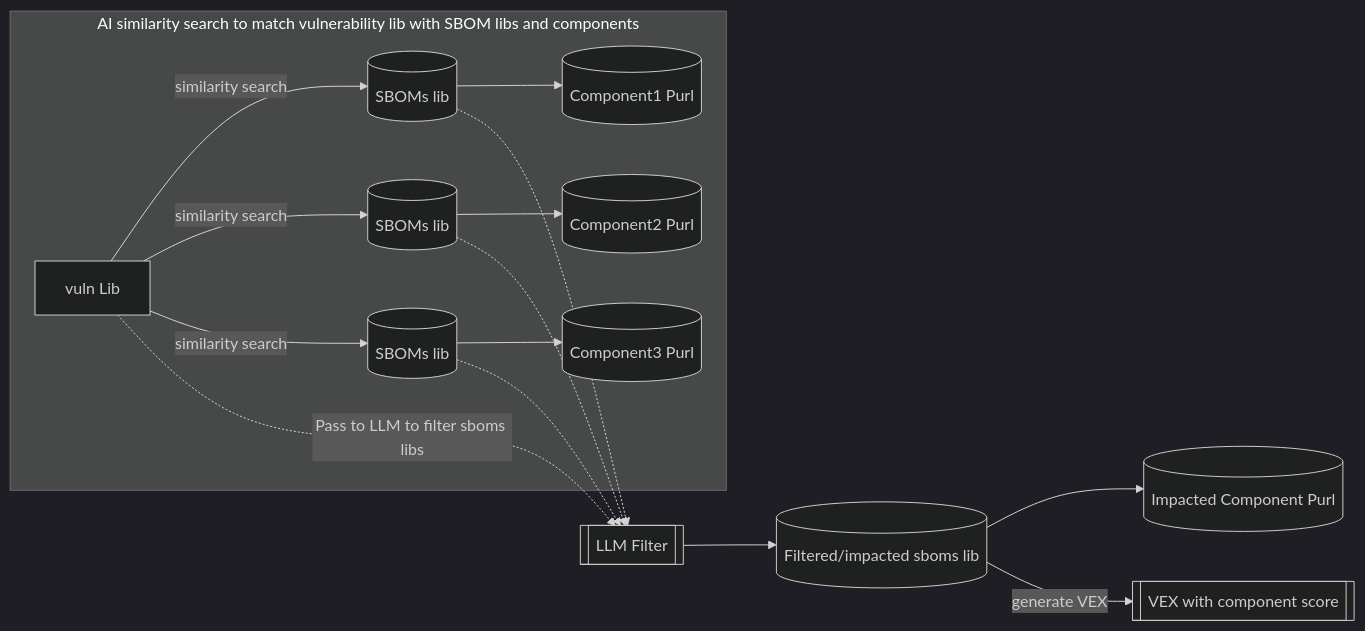
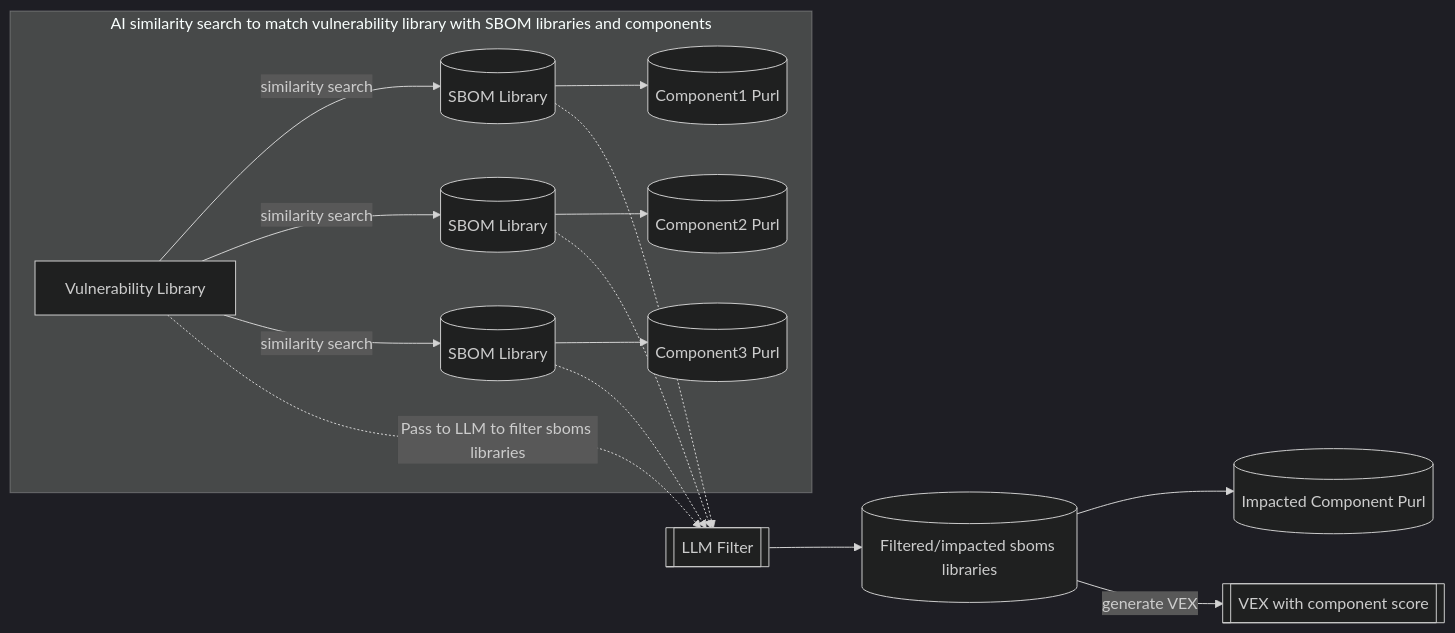
Before and after one commit to venslabs/vens: the third of 3 diagrams in docs/system-design/system-design.md, drawn with Mermaid (dark theme). The commit also changed other lines of this file, not shown here.

````diff
--- a/docs/system-design/system-design.md
+++ b/docs/system-design/system-design.md
@@ -146,34 +146,34 @@
 ```mermaid
 flowchart LR
     %% Left side: Similarity matching between vulnerability lib and SBOM libs/components
-    subgraph MatchingPhase[AI similarity search to match vulnerability lib with SBOM libs and components]
-        VL[vuln Lib]
-        S1[(SBOMs lib)]
-        S2[(SBOMs lib)]
-        S3[(SBOMs lib)]
+    subgraph MatchingPhase[AI similarity search to match vulnerability library with SBOM libraries and components]
+        VL[Vulnerability Library]
+        S1[(SBOM Library)]
+        S2[(SBOM Library)]
+        S3[(SBOM Library)]
         C1[(Component1 Purl)]
         C2[(Component2 Purl)]
         C3[(Component3 Purl)]
 
         VL -->|similarity search| S1
         VL -->|similarity search| S2
         VL -->|similarity search| S3
 
         S1 --> C1
         S2 --> C2
         S3 --> C3
     end
 
-    %% Pass candidates to LLM to filter SBOM libs
-    VL -.->|"Pass to LLM to filter sboms libs"| LLM[[LLM Filter]]
+    %% Pass candidates to LLM to filter SBOM libraries
+    VL -.->|"Pass to LLM to filter sboms libraries"| LLM[[LLM Filter]]
     S1 -.-> LLM
     S2 -.-> LLM
     S3 -.-> LLM
 
     %% LLM returns the impacted library and its mapped component
-    LLM --> IL[(Filtered/impacted sboms lib)]
+    LLM --> IL[(Filtered/impacted sboms libraries)]
     IL --> ICP[(Impacted Component Purl)]
 
     %% Generate VEX from impacted items
     IL -->|generate VEX| VEX[[VEX with component score]]
 ```
````
